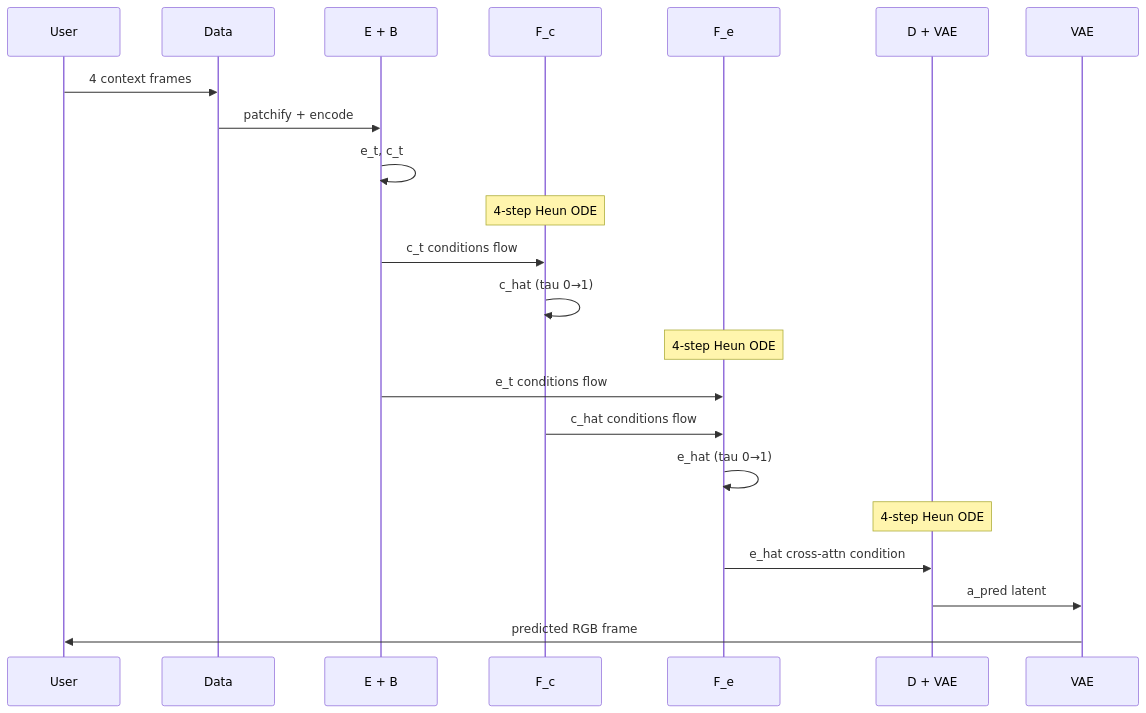
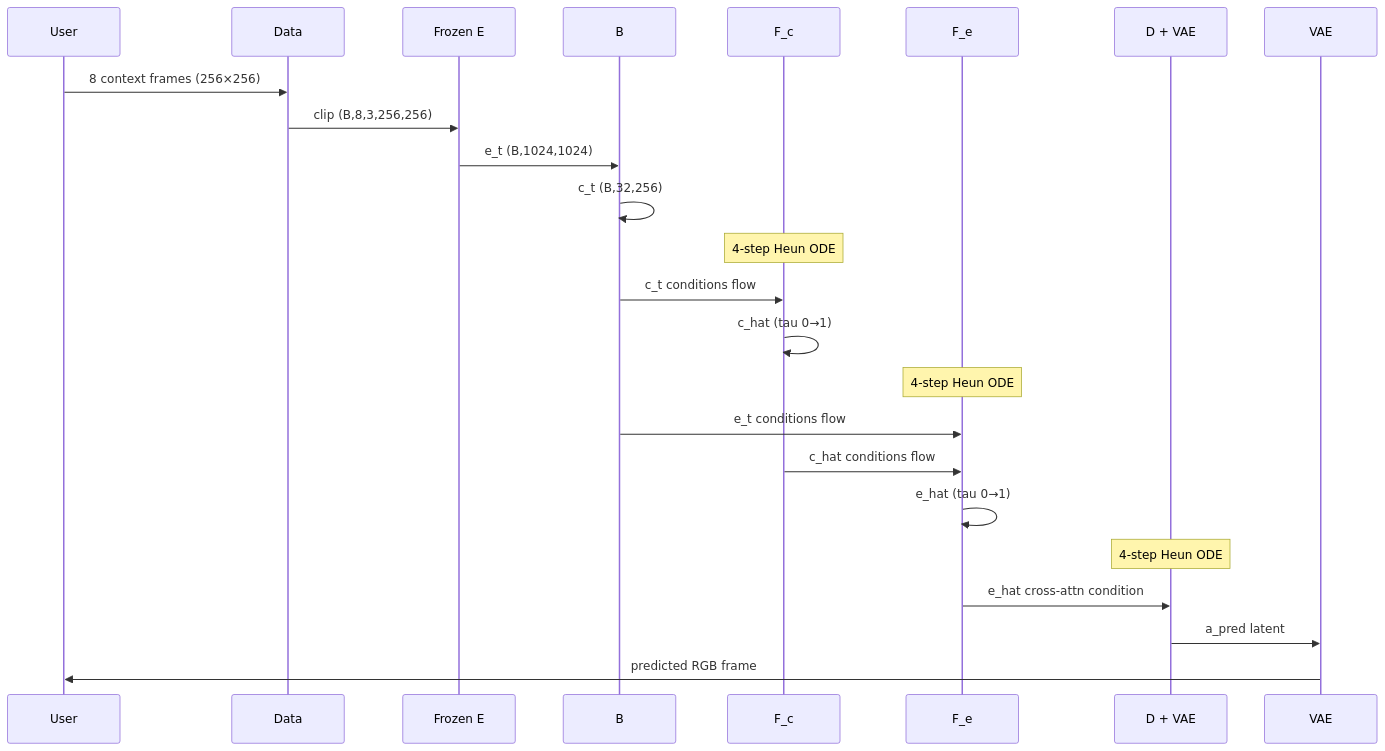
Before and after one commit to ShashwatM3/HJEPA-VWM: the third of 3 diagrams in YOUR_FILES/ARCHITECTURE_AND_PHASES_GUIDE.md, drawn with Mermaid. The commit also changed other lines of this file and 23 other files, not shown here.

First line of the commit message:
Implement Phase 1 v0.2: frozen V-JEPA 2 encoder, variance floor, clip-level targets

````diff
--- a/YOUR_FILES/ARCHITECTURE_AND_PHASES_GUIDE.md
+++ b/YOUR_FILES/ARCHITECTURE_AND_PHASES_GUIDE.md
@@ -771,27 +742,29 @@
 ```mermaid
 sequenceDiagram
     participant User
     participant Data
-    participant E as E + B
+    participant E as Frozen E
+    participant B as B
     participant Fc as F_c
     participant Fe as F_e
     participant D as D + VAE
 
-    User->>Data: 4 context frames
-    Data->>E: patchify + encode
-    E->>E: e_t, c_t
+    User->>Data: 8 context frames (256×256)
+    Data->>E: clip (B,8,3,256,256)
+    E->>B: e_t (B,1024,1024)
+    B->>B: c_t (B,32,256)
 
     Note over Fc: 4-step Heun ODE
-    E->>Fc: c_t conditions flow
+    B->>Fc: c_t conditions flow
     Fc->>Fc: c_hat (tau 0→1)
 
     Note over Fe: 4-step Heun ODE
-    E->>Fe: e_t conditions flow
+    B->>Fe: e_t conditions flow
     Fc->>Fe: c_hat conditions flow
     Fe->>Fe: e_hat (tau 0→1)
 
     Note over D: 4-step Heun ODE
     Fe->>D: e_hat cross-attn condition
     D->>VAE: a_pred latent
     VAE->>User: predicted RGB frame
 ```
````
